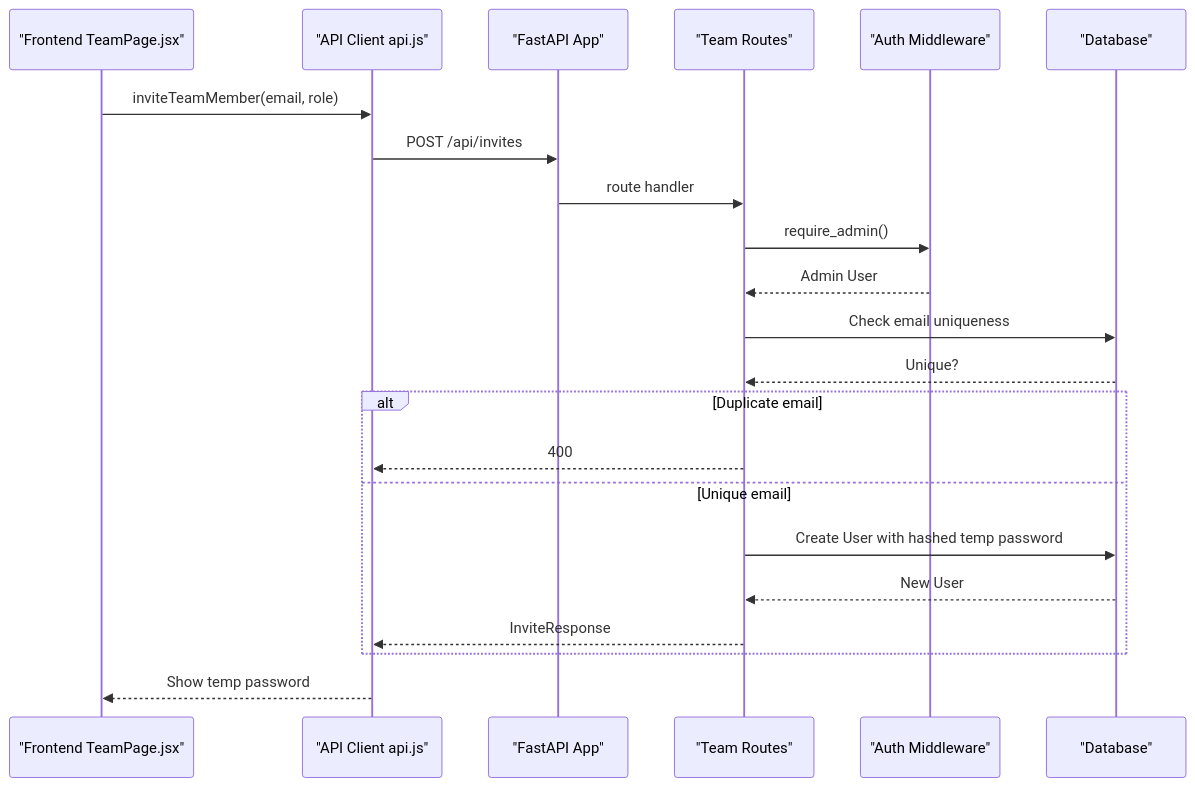
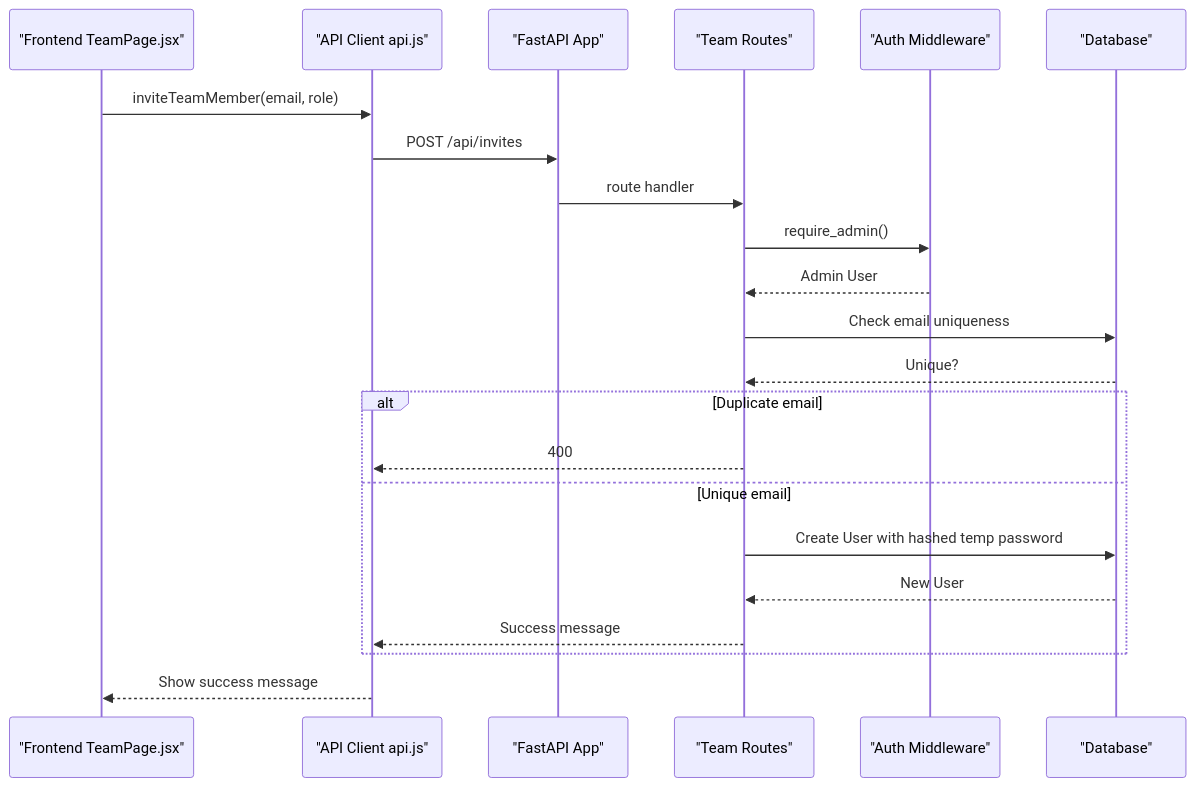
The fourth of 9 diagrams in .qoder/repowiki/en/content/API Reference/Team & Collaboration.md (Revanththetalogics/aireume), drawn with Mermaid before and after one commit. The commit also changed other lines of this file and 6 other files, not shown here.

````diff
--- a/.qoder/repowiki/en/content/API Reference/Team & Collaboration.md
+++ b/.qoder/repowiki/en/content/API Reference/Team & Collaboration.md
@@ -184,24 +229,24 @@
 ```mermaid
 sequenceDiagram
 participant FE as "Frontend TeamPage.jsx"
 participant API as "API Client api.js"
 participant APP as "FastAPI App"
 participant ROUTE as "Team Routes"
 participant AUTH as "Auth Middleware"
 participant DB as "Database"
 FE->>API : inviteTeamMember(email, role)
 API->>APP : POST /api/invites
 APP->>ROUTE : route handler
 ROUTE->>AUTH : require_admin()
 AUTH-->>ROUTE : Admin User
 ROUTE->>DB : Check email uniqueness
 DB-->>ROUTE : Unique?
 alt Duplicate email
 ROUTE-->>API : 400
 else Unique email
 ROUTE->>DB : Create User with hashed temp password
 DB-->>ROUTE : New User
-ROUTE-->>API : InviteResponse
+ROUTE-->>API : Success message
 end
-API-->>FE : Show temp password
+API-->>FE : Show success message
 ```
````
